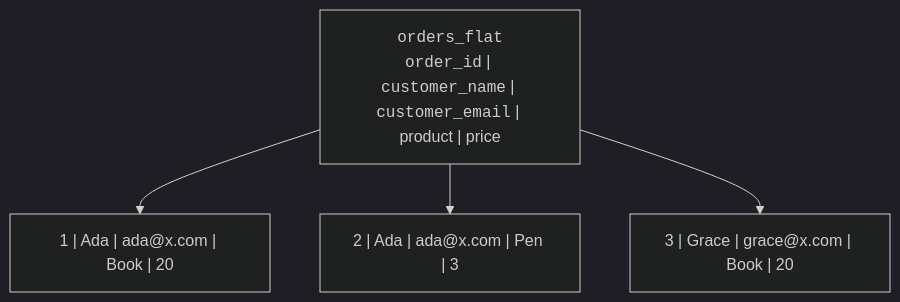
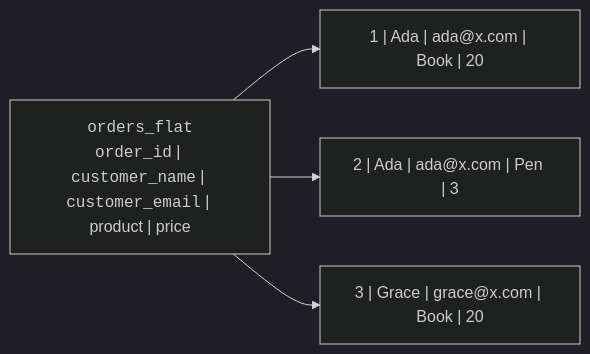
One commit to dataslope/dataslope changed the first of 4 diagrams in content/courses/sqlite-for-beginners/data-organization.mdx. Above: the diagram before and after it, drawn with Mermaid (dark theme). The commit also changed 2180 other files, not shown here.

````diff
--- a/content/courses/sqlite-for-beginners/data-organization.mdx
+++ b/content/courses/sqlite-for-beginners/data-organization.mdx
@@ -22,7 +22,7 @@
 ```mermaid
-flowchart TB
+flowchart LR
     T["<code>orders_flat</code><br/><code>order_id</code> | <code>customer_name</code> | <code>customer_email</code> | product | price"]
     T --> R1["1 | Ada | ada@x.com | Book | 20"]
     T --> R2["2 | Ada | ada@x.com | Pen | 3"]
     T --> R3["3 | Grace | grace@x.com | Book | 20"]
 ```
````
